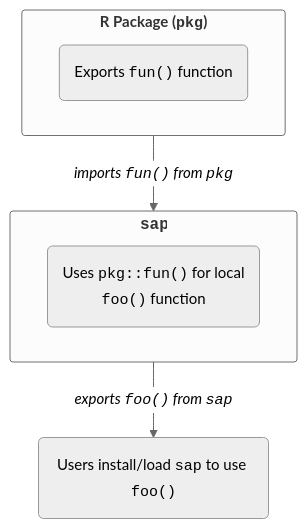
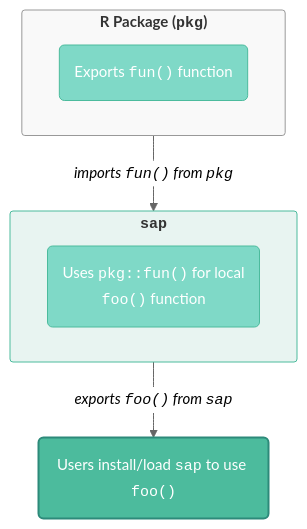
The second of 4 diagrams in dependencies.qmd (mjfrigaard/shiny-app-pkgs), drawn with Mermaid before and after one commit. The commit also changed other lines of this file, not shown here.

First line of the commit message:
Style all 4 mermaid diagrams in dependencies.qmd with teal palette

````diff
--- a/dependencies.qmd
+++ b/dependencies.qmd
@@ -211,18 +215,21 @@
 ```{mermaid}
 %%| fig-cap: 'Handling package dependencies'
 %%| fig-align: center
 %%{init: {'theme': 'neutral', 'themeVariables': { 'fontFamily': 'monospace', "fontSize":"15px"}}}%%
 flowchart TD
     subgraph RPkg["<strong>R Package (<code>pkg</code>)</strong>"]
         fun("Exports <code>fun()</code> function")
     end
     subgraph SapPkg["<strong><code>sap</code></strong>"]
     sap("Uses <code>pkg::fun()</code> for local<br><code>foo()</code> function")
     end
     Users("Users install/load <code>sap</code> to use <code>foo()</code>")
     RPkg -->|"<em>imports <code>fun()</code> from <code>pkg</code></em>"| SapPkg
     SapPkg -->|"<em>exports <code>foo()</code> from <code>sap</code></em>"| Users
-    
-    style RPkg stroke:1px,rx:3,ry:3,font-size:15px
-    style SapPkg stroke:1px,rx:3,ry:3,font-size:16px
+
+    style RPkg fill:#f9f9f9,stroke:#999,stroke-width:1px,rx:3,ry:3
+    style SapPkg fill:#e8f4f1,stroke:#4CBB9D,stroke-width:1px,rx:3,ry:3
+    style Users fill:#4CBB9D,color:#fff,stroke:#2d8a7a,stroke-width:2px
+    style fun fill:#7fd9c7,color:#fff,stroke:#4CBB9D,stroke-width:1px
+    style sap fill:#7fd9c7,color:#fff,stroke:#4CBB9D,stroke-width:1px
 ```
````
